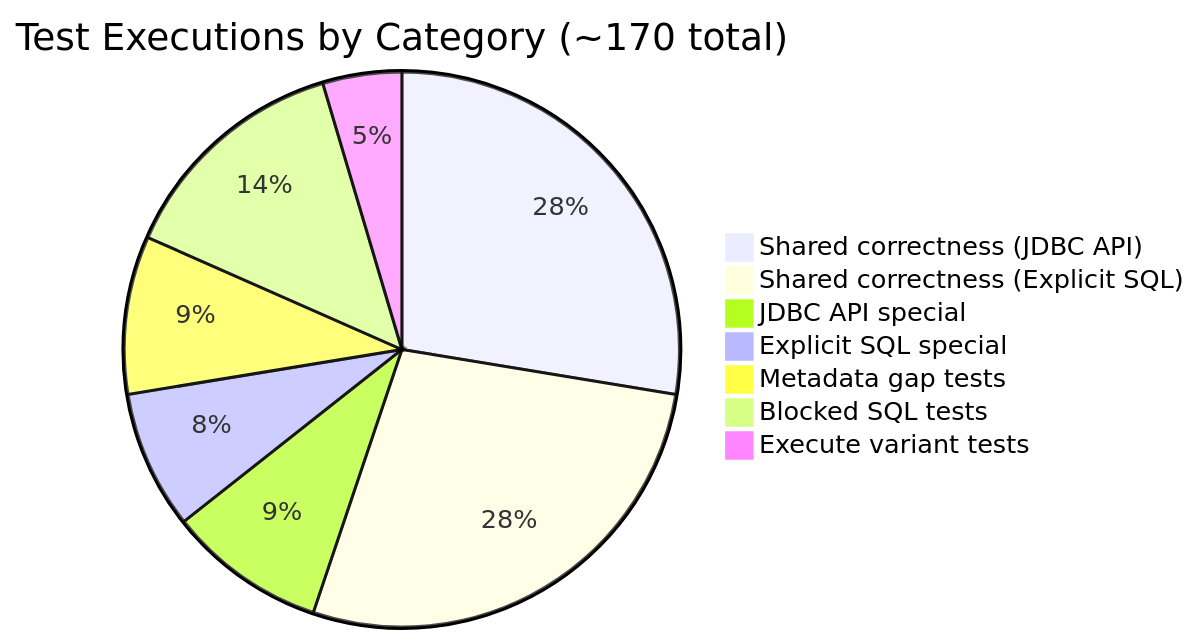
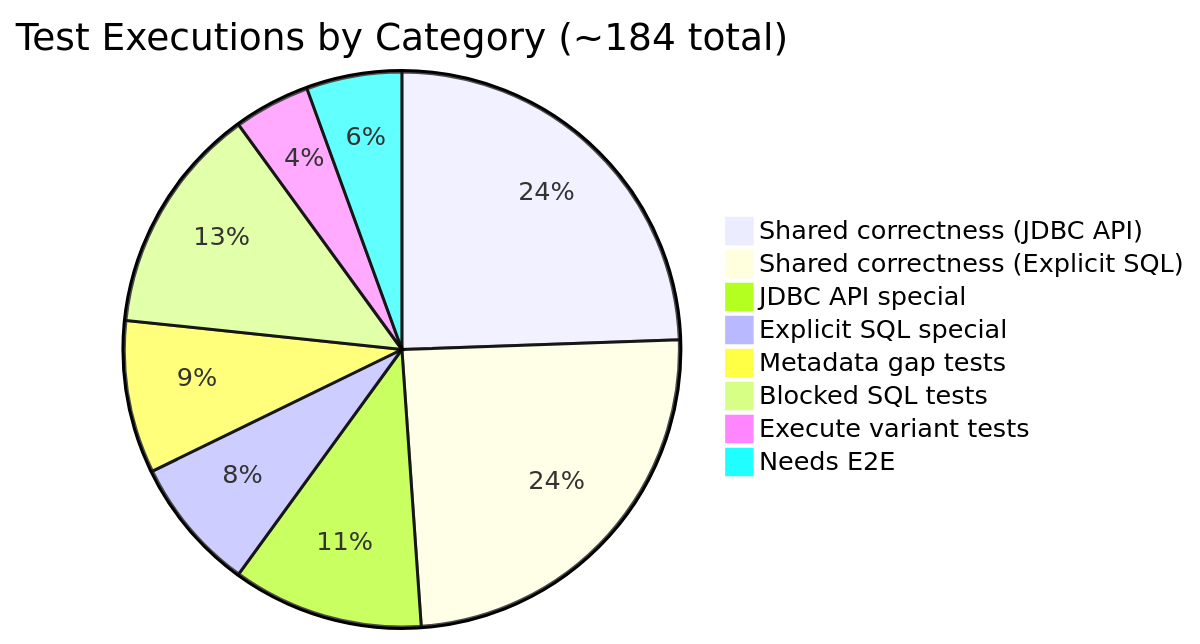
One commit to databricks/databricks-jdbc changed the ninth of 10 diagrams in docs/mst-test-design.md. Above: the diagram before and after it, drawn with Mermaid. The commit also changed other lines of this file, not shown here.

First line of the commit message:
Move auto-start tests to JdbcApiTransactionTests

````diff
--- a/docs/mst-test-design.md
+++ b/docs/mst-test-design.md
@@ -447,10 +451,11 @@
 ```mermaid
-pie title Test Executions by Category (~170 total)
-    "Shared correctness (JDBC API)" : 48
-    "Shared correctness (Explicit SQL)" : 48
-    "JDBC API special" : 16
+pie title Test Executions by Category (~184 total)
+    "Shared correctness (JDBC API)" : 44
+    "Shared correctness (Explicit SQL)" : 44
+    "JDBC API special" : 20
     "Explicit SQL special" : 14
     "Metadata gap tests" : 16
     "Blocked SQL tests" : 24
     "Execute variant tests" : 8
+    "Needs E2E" : 10
 ```
````
